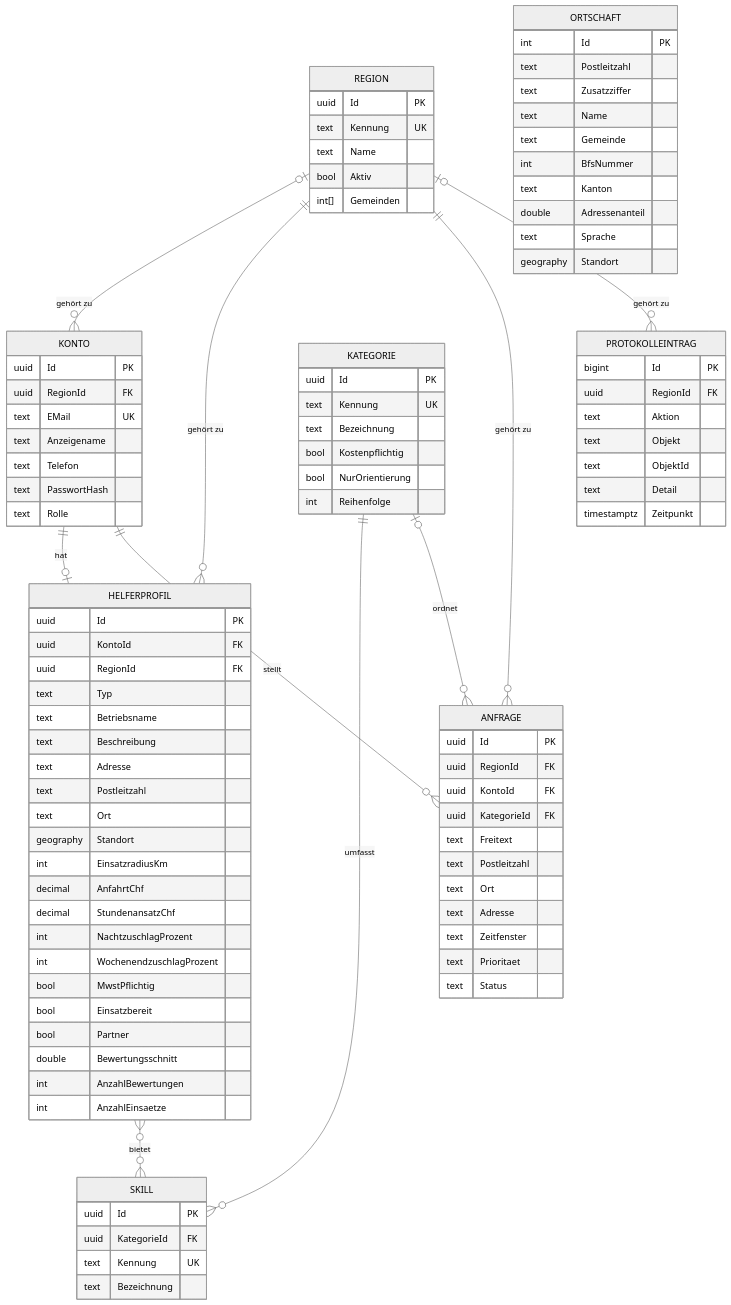
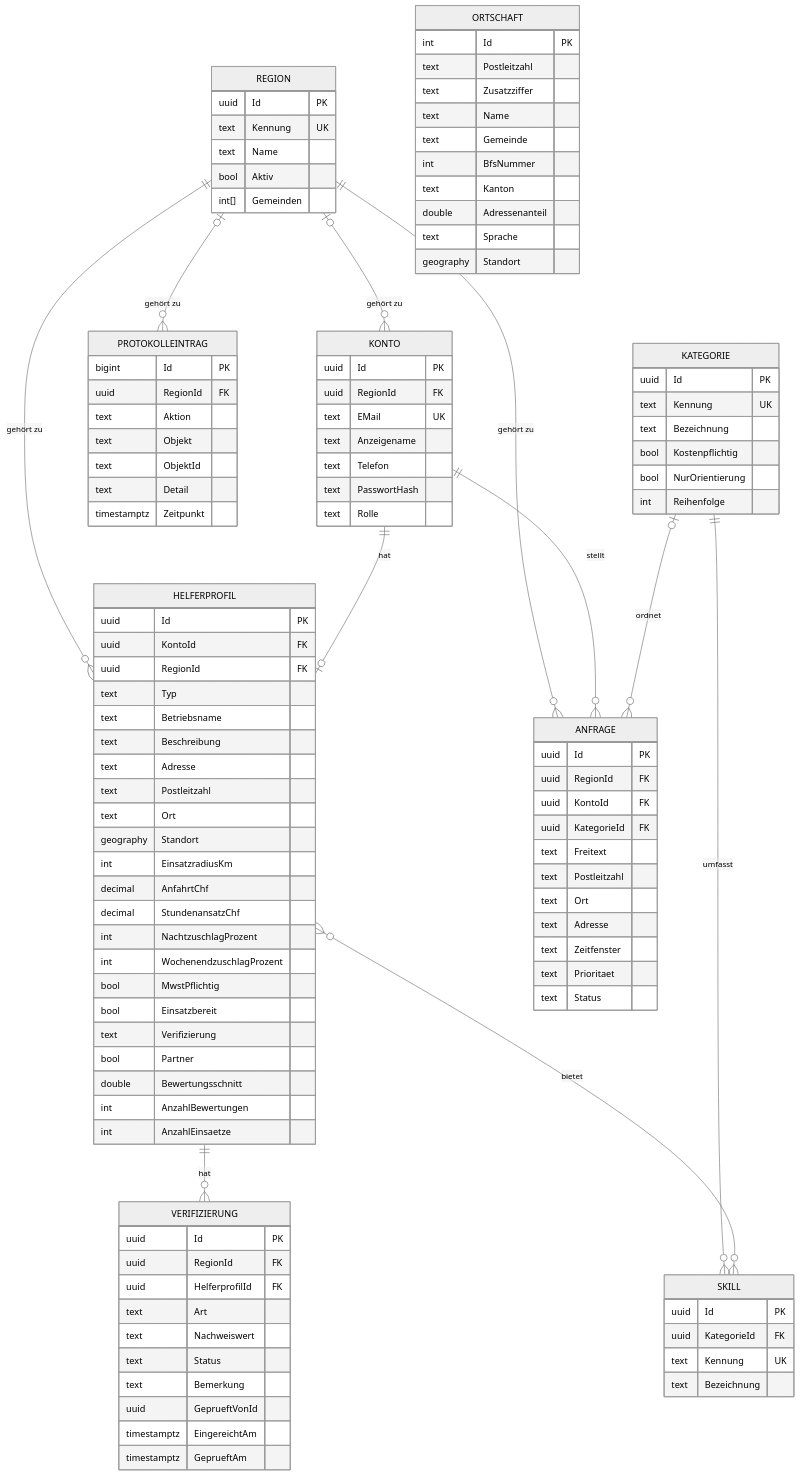
One commit to maliswiss/soforthilfe-bern-mittelland changed the diagram in docs/datenmodell.md. Above: the diagram before and after it, drawn with Mermaid (neutral theme). The commit also changed other lines of this file and 27 other files, not shown here.

```diff
--- a/docs/datenmodell.md
+++ b/docs/datenmodell.md
@@ -9,6 +9,7 @@
   REGION |o--o{ KONTO : "gehört zu"
   REGION ||--o{ HELFERPROFIL : "gehört zu"
   REGION ||--o{ ANFRAGE : "gehört zu"
+  HELFERPROFIL ||--o{ VERIFIZIERUNG : "hat"
   REGION |o--o{ PROTOKOLLEINTRAG : "gehört zu"
   KONTO ||--o| HELFERPROFIL : hat
   KONTO ||--o{ ANFRAGE : stellt
@@ -64,6 +65,7 @@
     int WochenendzuschlagProzent
     bool MwstPflichtig
     bool Einsatzbereit
+    text Verifizierung
     bool Partner
     double Bewertungsschnitt
     int AnzahlBewertungen
@@ -94,6 +96,18 @@
     text Sprache
     geography Standort
   }
+  VERIFIZIERUNG {
+    uuid Id PK
+    uuid RegionId FK
+    uuid HelferprofilId FK
+    text Art
+    text Nachweiswert
+    text Status
+    text Bemerkung
+    uuid GeprueftVonId
+    timestamptz EingereichtAm
+    timestamptz GeprueftAm
+  }
   PROTOKOLLEINTRAG {
     bigint Id PK
     uuid RegionId FK
```
